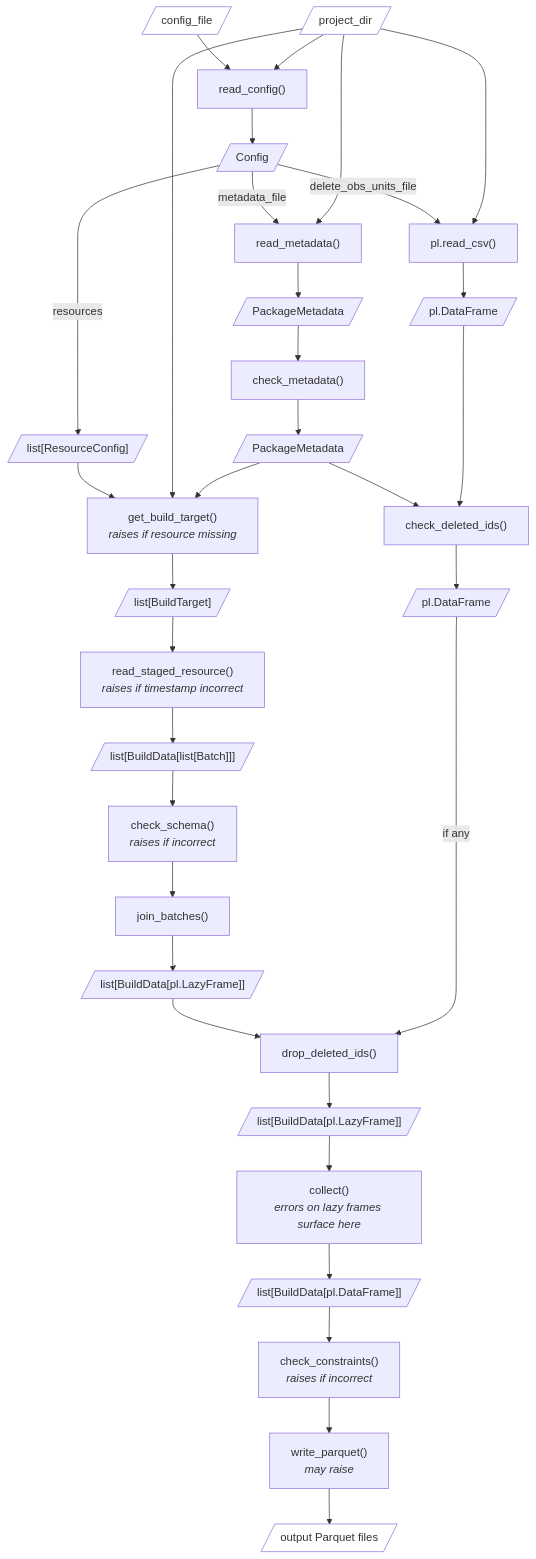
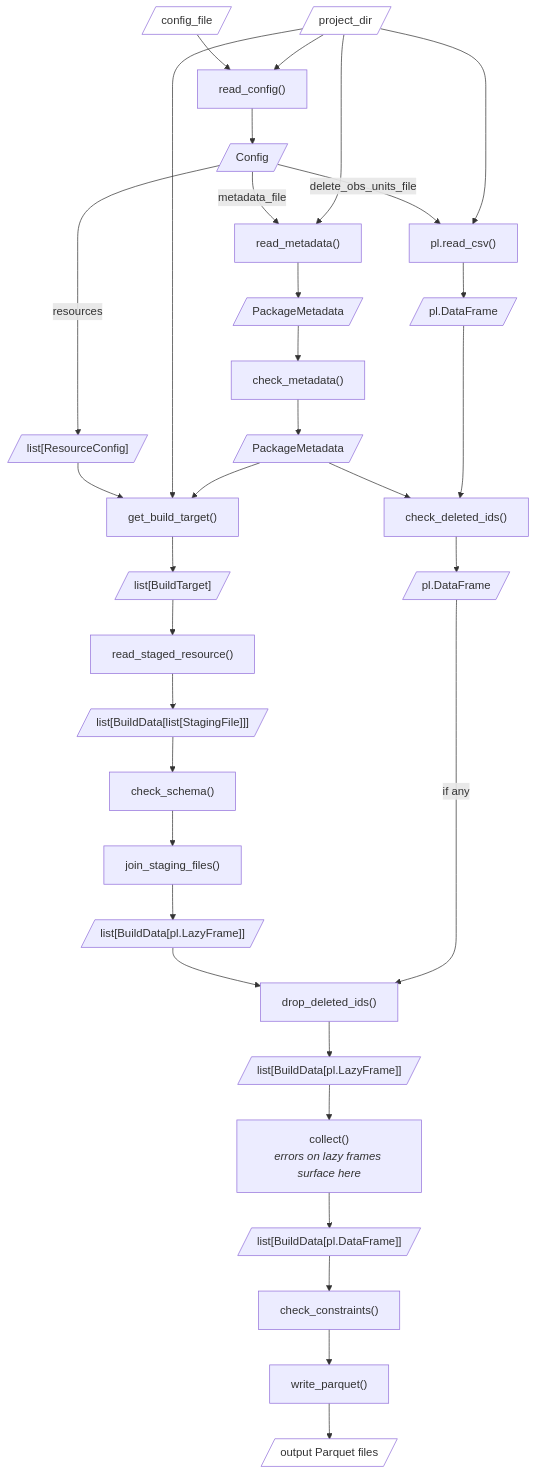
Before and after one commit to seedcase-project/seedcase-sprout: the third of 3 diagrams in docs/design/interface/python.qmd, drawn with Mermaid. The commit also changed other lines of this file, not shown here.

Commit message:
docs: 📝 rename class and omit errors

````diff
--- a/docs/design/interface/python.qmd
+++ b/docs/design/interface/python.qmd
@@ -121,45 +120,45 @@
 ```{mermaid}
 %%| label: fig-build-resources-internal-flow
 %%| fig-cap: >-
 %%|   The internal flow of functions and objects in the `build-resources` CLI
 %%|   command.
 %%| fig-alt: >-
 %%|   Diagram of the internal flow of functions and objects in the
 %%|   `build-resources` CLI command.
 
 flowchart TD
     %% Config and metadata
     config_file[/"config_file"/]:::io --> read_config["read_config()"] --> Config[/"Config"/]
     project_dir[/"project_dir"/]:::io --> read_config
     Config -->|metadata_file| read_metadata["read_metadata()"] --> metadata[/"PackageMetadata"/]
     project_dir --> read_metadata
     metadata --> check_metadata["check_metadata()"] --> metadata_checked[/"PackageMetadata"/]
 
     %% Deleted IDs
     Config -->|delete_obs_units_file| read_csv["pl.read_csv()"] --> deleted_ids[/"pl.DataFrame"/]
     project_dir --> read_csv
     metadata_checked --> check_deleted_ids["check_deleted_ids()"] --> deleted_ids_checked[/"pl.DataFrame"/]
     deleted_ids --> check_deleted_ids
 
     %% Resources: each step runs over the whole list
     Config -->|resources| resource_configs[/"list[ResourceConfig]"/]
-    resource_configs --> get_build_target["get_build_target()<br><i>raises if resource missing</i>"] --> build_targets[/"list[BuildTarget]"/]
+    resource_configs --> get_build_target["get_build_target()"] --> build_targets[/"list[BuildTarget]"/]
     project_dir --> get_build_target
     metadata_checked --> get_build_target
 
-    build_targets --> read_staged_resource["read_staged_resource()<br><i>raises if timestamp incorrect</i>"] --> staged[/"list[BuildData[list[Batch]]]"/]
-    staged --> check_schema["check_schema()<br><i>raises if incorrect</i>"]
-    check_schema --> join_batches["join_batches()"]
-    join_batches --> joined[/"list[BuildData[pl.LazyFrame]]"/]
+    build_targets --> read_staged_resource["read_staged_resource()"] --> staged[/"list[BuildData[list[StagingFile]]]"/]
+    staged --> check_schema["check_schema()"]
+    check_schema --> join_staging_files["join_staging_files()"]
+    join_staging_files --> joined[/"list[BuildData[pl.LazyFrame]]"/]
 
     joined --> drop_deleted_ids["drop_deleted_ids()"] --> joined_after_delete[/"list[BuildData[pl.LazyFrame]]"/]
     deleted_ids_checked -->|"if any"| drop_deleted_ids
     joined_after_delete --> collect["collect()<br><i>errors on lazy frames surface here</i>"]
 
     collect --> collected[/"list[BuildData[pl.DataFrame]]"/]
-    collected --> check_constraints["check_constraints()<br><i>raises if incorrect</i>"]
-    check_constraints --> write_parquet["write_parquet()<br><i>may raise</i>"]
+    collected --> check_constraints["check_constraints()"]
+    check_constraints --> write_parquet["write_parquet()"]
     write_parquet --> outputs[/"output Parquet files"/]:::io
 
     classDef io fill:#FFF
 ```
````
